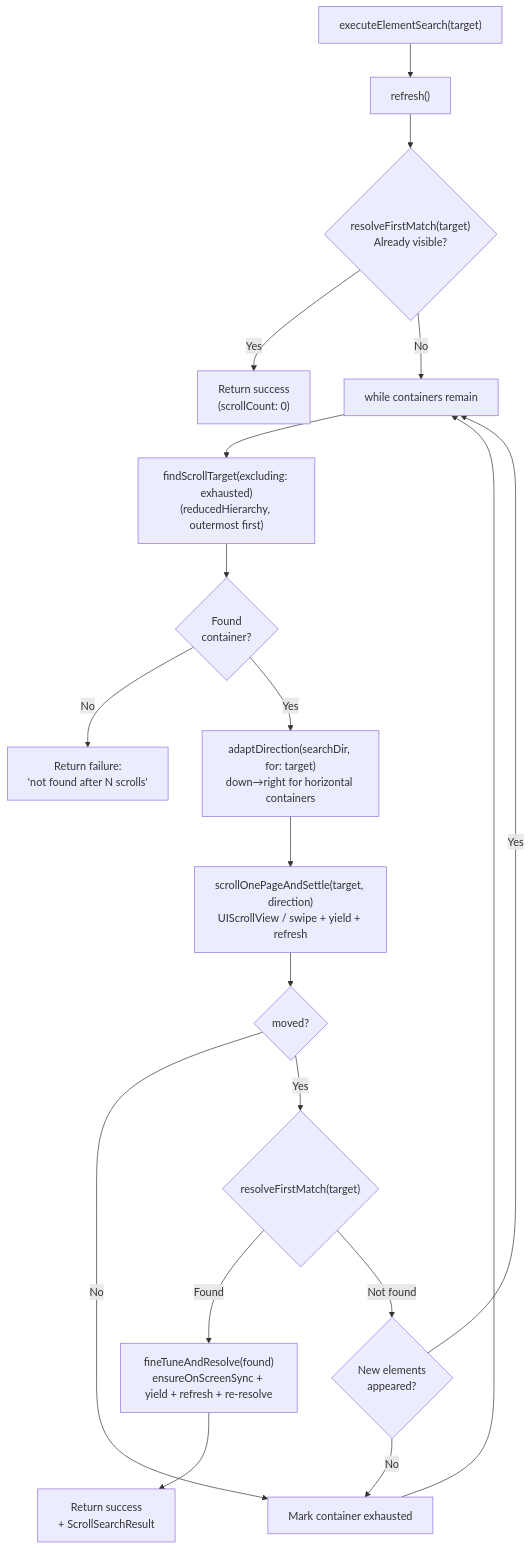
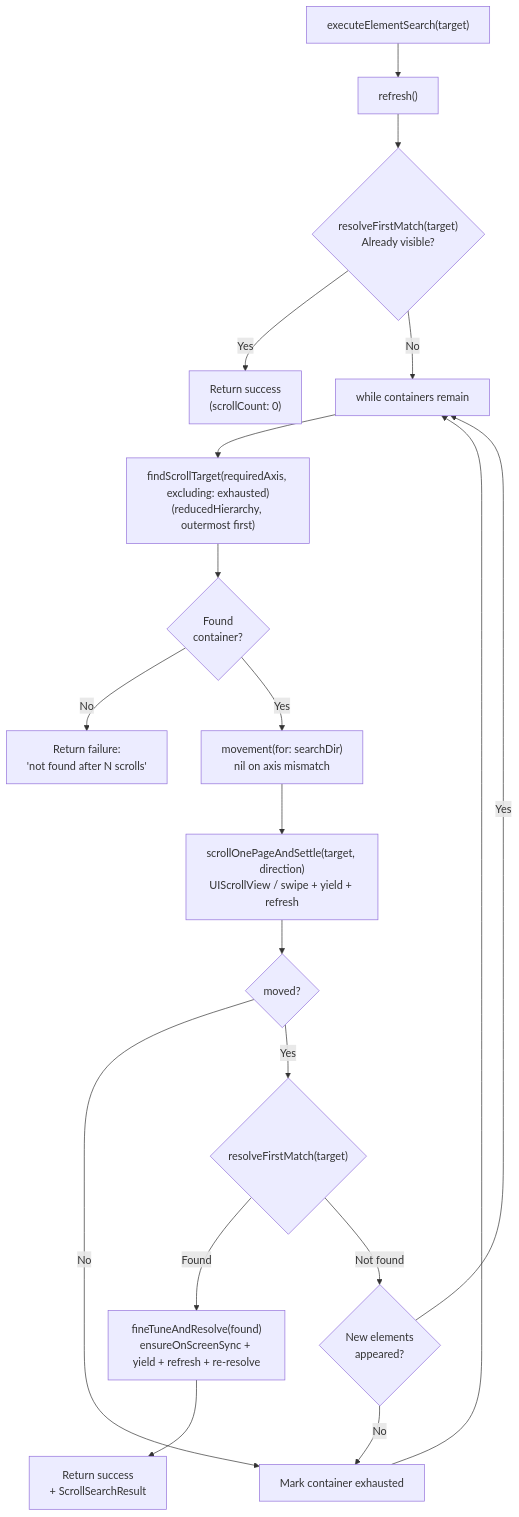
One commit to RoyalPineapple/TheButtonHeist changed the second of 2 diagrams in docs/dossiers/14a-SCROLLING.md. Above: the diagram before and after it, drawn with Mermaid. The commit also changed other lines of this file and 1 other file, not shown here.

````diff
--- a/docs/dossiers/14a-SCROLLING.md
+++ b/docs/dossiers/14a-SCROLLING.md
@@ -163,24 +166,24 @@
 ```mermaid
 flowchart TD
     S["executeElementSearch(target)"] --> REF["refresh()"]
     REF --> CHK{"resolveFirstMatch(target)<br/>Already visible?"}
     CHK -->|Yes| DONE["Return success<br/>(scrollCount: 0)"]
     CHK -->|No| LOOP["while containers remain"]
 
-    LOOP --> FIND["findScrollTarget(excluding: exhausted)<br/>(reducedHierarchy, outermost first)"]
+    LOOP --> FIND["findScrollTarget(requiredAxis, excluding: exhausted)<br/>(reducedHierarchy, outermost first)"]
     FIND --> SVOK{Found<br/>container?}
     SVOK -->|No| FAILN["Return failure:<br/>'not found after N scrolls'"]
-    SVOK -->|Yes| ADAPT["adaptDirection(searchDir, for: target)<br/>down→right for horizontal containers"]
+    SVOK -->|Yes| ADAPT["movement(for: searchDir)<br/>nil on axis mismatch"]
 
     ADAPT --> SCROLL["scrollOnePageAndSettle(target, direction)<br/>UIScrollView / swipe + yield + refresh"]
     SCROLL --> MOVED{moved?}
     MOVED -->|No| EXHAUST["Mark container exhausted"]
     EXHAUST --> LOOP
 
     MOVED -->|Yes| FM{"resolveFirstMatch(target)"}
     FM -->|Found| FT["fineTuneAndResolve(found)<br/>ensureOnScreenSync + yield + refresh + re-resolve"]
     FT --> END["Return success<br/>+ ScrollSearchResult"]
     FM -->|Not found| NEW{New elements<br/>appeared?}
     NEW -->|No| EXHAUST
     NEW -->|Yes| LOOP
 ```
````
